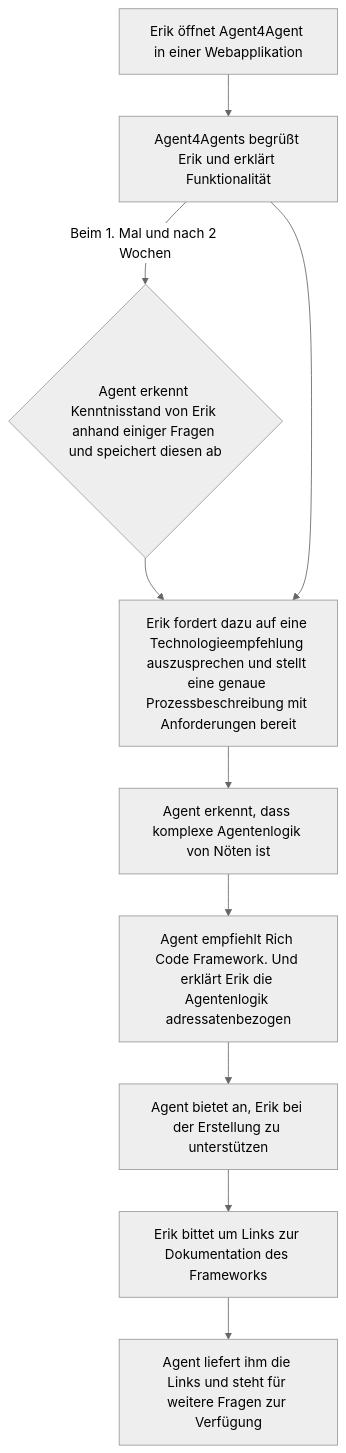
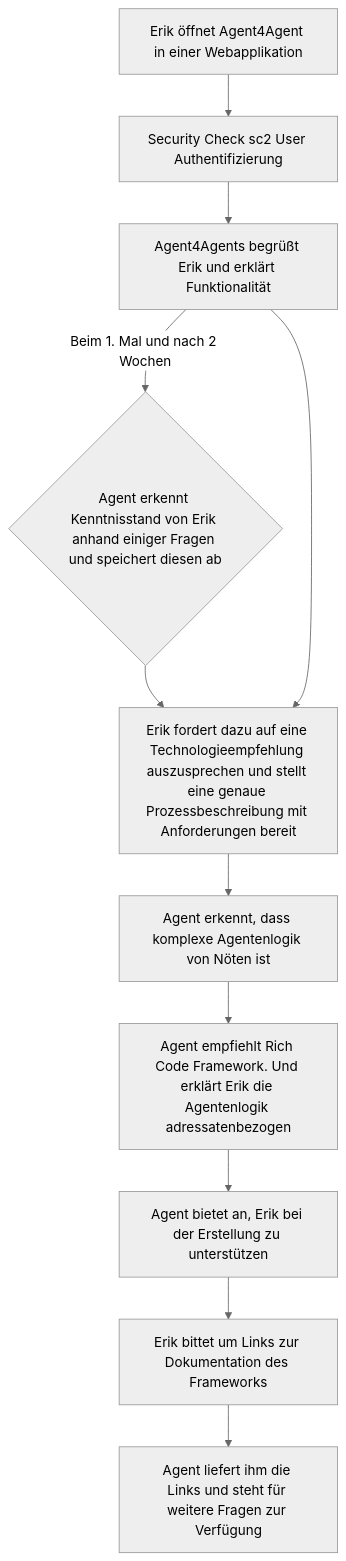
Before and after one commit to agentic-ai-ws2526-group-c/agent4agents-documentation: the fourth of 4 diagrams in Ideation/User Personas and UseCases.md, drawn with Mermaid (neutral theme). The commit also changed other lines of this file, not shown here.

First line of the commit message:
Added security check

````diff
--- a/Ideation/User Personas and UseCases.md
+++ b/Ideation/User Personas and UseCases.md
@@ -115,12 +118,13 @@
 ```mermaid
 graph TD
-    A[Erik öffnet Agent4Agent in einer Webapplikation] --> B[Agent4Agents begrüßt Erik und erklärt Funktionalität];
+    A[Erik öffnet Agent4Agent in einer Webapplikation] --> SC[Security Check sc2 User Authentifizierung];
+    SC --> B[Agent4Agents begrüßt Erik und erklärt Funktionalität];
     B -- "Beim 1. Mal und nach 2 Wochen" --> C{Agent erkennt Kenntnisstand von Erik anhand einiger Fragen und speichert diesen ab};
     C --> D[Erik fordert dazu auf eine Technologieempfehlung auszusprechen und stellt eine genaue Prozessbeschreibung mit Anforderungen bereit];
     B --> D;
     D --> E[Agent erkennt, dass komplexe Agentenlogik von Nöten ist];
     E --> F[Agent empfiehlt Rich Code Framework. Und erklärt Erik die Agentenlogik adressatenbezogen];
     F --> G[Agent bietet an, Erik bei der Erstellung zu unterstützen];
     G --> H[Erik bittet um Links zur Dokumentation des Frameworks];
     H --> I[Agent liefert ihm die Links und steht für weitere Fragen zur Verfügung];
 ```
````
